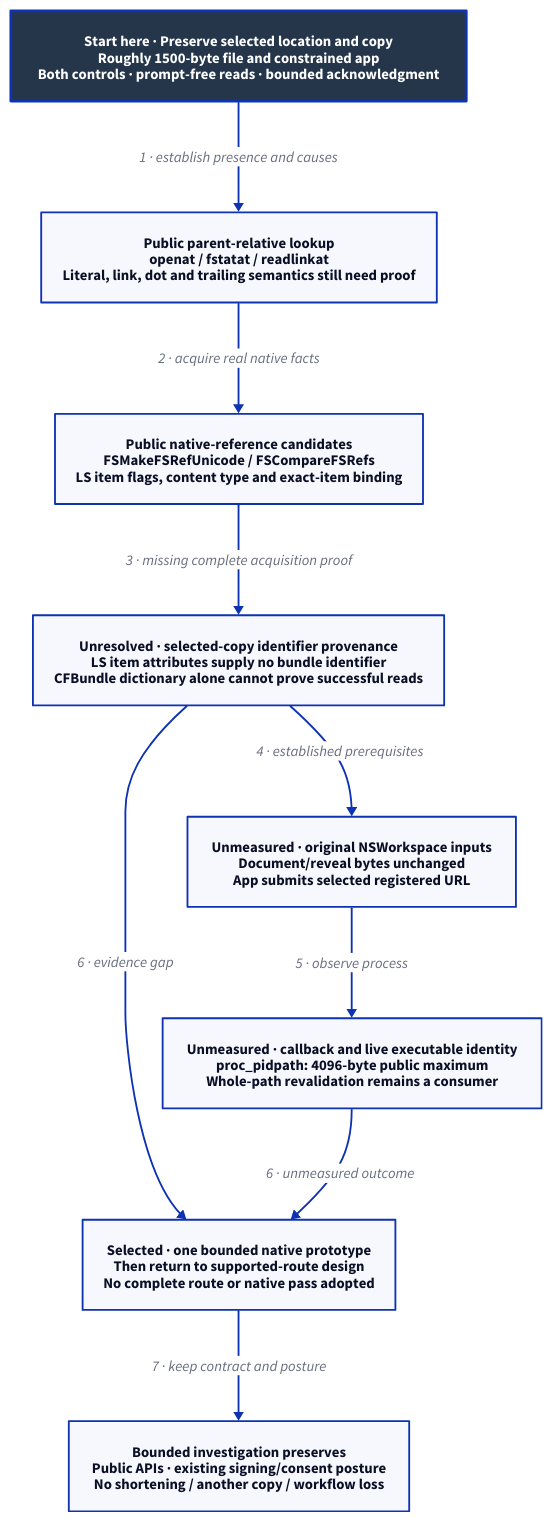
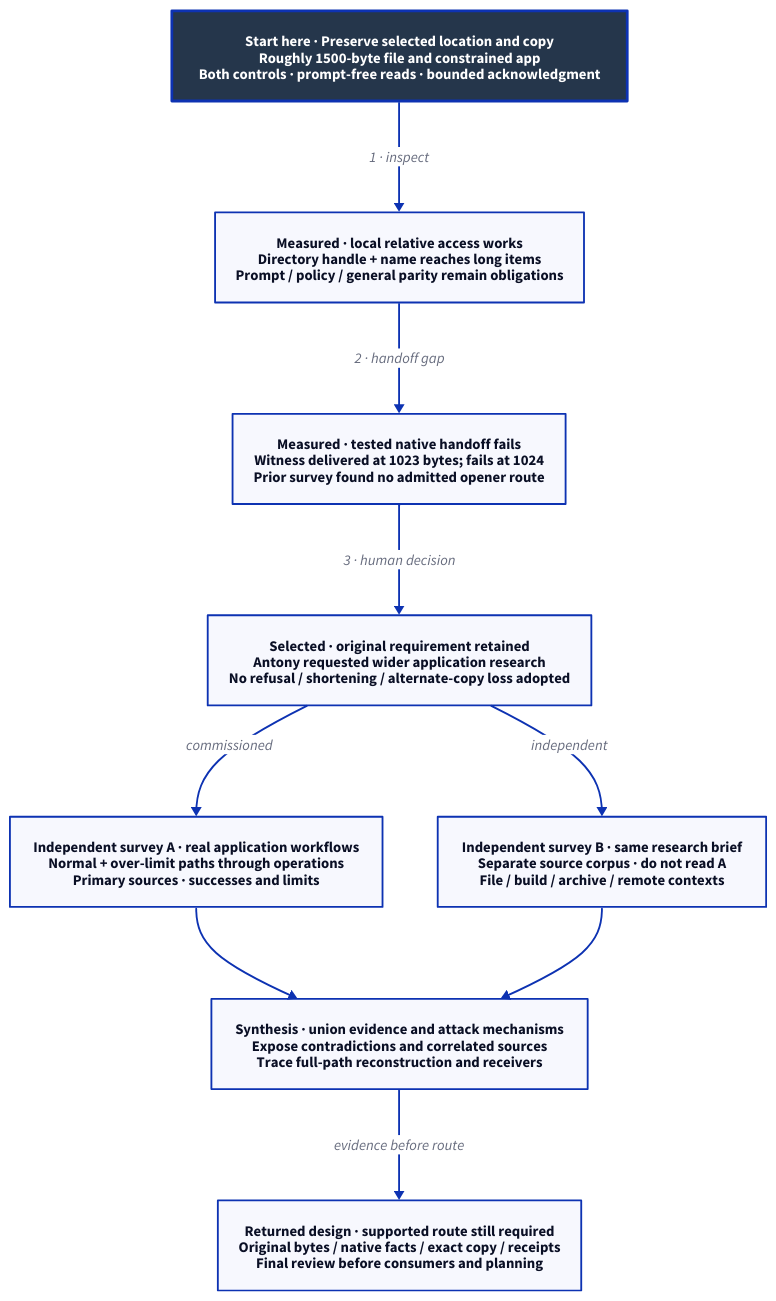
One commit to Linkuistics/Koine changed the diagram in docs/design/architecture/workspace-route-candidates.d2. Above: the diagram before and after it, drawn with D2. The commit also changed 19 other files, not shown here.

Commit message:
long-action-route-k137: retain long-path requirements and commission independent application research

```diff
--- a/docs/design/architecture/workspace-route-candidates.d2
+++ b/docs/design/architecture/workspace-route-candidates.d2
@@ -1,21 +1,21 @@
-# Public candidates and evidence gaps; not a selected or native-accepted route.
+# Retained requirement and commissioned research; not action acceptance.
 direction: down
 classes: {
   start: {style: {fill: "#25364B"; font-color: "#FFFFFF"; bold: true; stroke-width: 3}}
 }
 Contract: "Start here · Preserve selected location and copy\nRoughly 1500-byte file and constrained app\nBoth controls · prompt-free reads · bounded acknowledgment" {class: start}
-Relative: "Public parent-relative lookup\nopenat / fstatat / readlinkat\nLiteral, link, dot and trailing semantics still need proof"
-Refs: "Public native-reference candidates\nFSMakeFSRefUnicode / FSCompareFSRefs\nLS item flags, content type and exact-item binding"
-Identifier: "Unresolved · selected-copy identifier provenance\nLS item attributes supply no bundle identifier\nCFBundle dictionary alone cannot prove successful reads"
-Submission: "Unmeasured · original NSWorkspace inputs\nDocument/reveal bytes unchanged\nApp submits selected registered URL"
-Receipt: "Unmeasured · callback and live executable identity\nproc_pidpath: 4096-byte public maximum\nWhole-path revalidation remains a consumer"
-Decision: "Selected · one bounded native prototype\nThen return to supported-route design\nNo complete route or native pass adopted"
-Limits: "Bounded investigation preserves\nPublic APIs · existing signing/consent posture\nNo shortening / another copy / workflow loss"
-Contract -> Relative: "1 · establish presence and causes"
-Relative -> Refs: "2 · acquire real native facts"
-Refs -> Identifier: "3 · missing complete acquisition proof"
-Identifier -> Submission: "4 · established prerequisites"
-Submission -> Receipt: "5 · observe process"
-Identifier -> Decision: "6 · evidence gap"
-Receipt -> Decision: "6 · unmeasured outcome"
-Decision -> Limits: "7 · keep contract and posture"
+Relative: "Measured · local relative access works\nDirectory handle + name reaches long items\nPrompt / policy / general parity remain obligations"
+Boundary: "Measured · tested native handoff fails\nWitness delivered at 1023 bytes; fails at 1024\nPrior survey found no admitted opener route"
+Retained: "Selected · original requirement retained\nAntony requested wider application research\nNo refusal / shortening / alternate-copy loss adopted"
+SurveyA: "Independent survey A · real application workflows\nNormal + over-limit paths through operations\nPrimary sources · successes and limits"
+SurveyB: "Independent survey B · same research brief\nSeparate source corpus · do not read A\nFile / build / archive / remote contexts"
+Synthesis: "Synthesis · union evidence and attack mechanisms\nExpose contradictions and correlated sources\nTrace full-path reconstruction and receivers"
+Design: "Returned design · supported route still required\nOriginal bytes / native facts / exact copy / receipts\nFinal review before consumers and planning"
+Contract -> Relative: "1 · inspect"
+Relative -> Boundary: "2 · handoff gap"
+Boundary -> Retained: "3 · human decision"
+Retained -> SurveyA: "commissioned"
+Retained -> SurveyB: "independent"
+SurveyA -> Synthesis
+SurveyB -> Synthesis
+Synthesis -> Design: "evidence before route"
```
